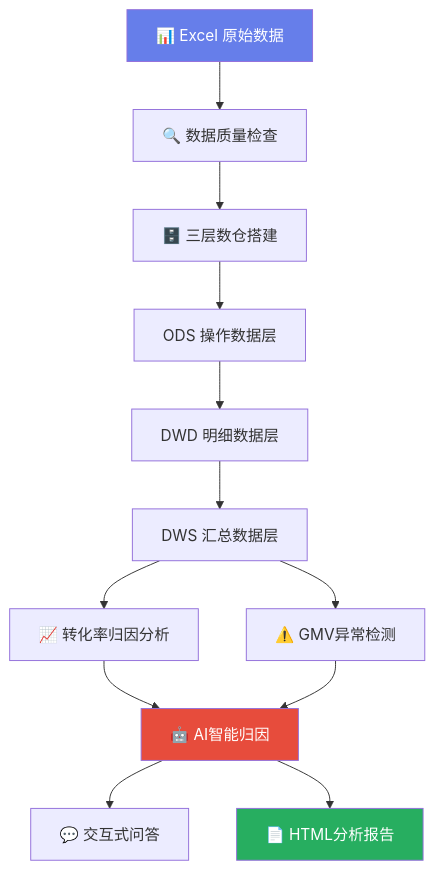
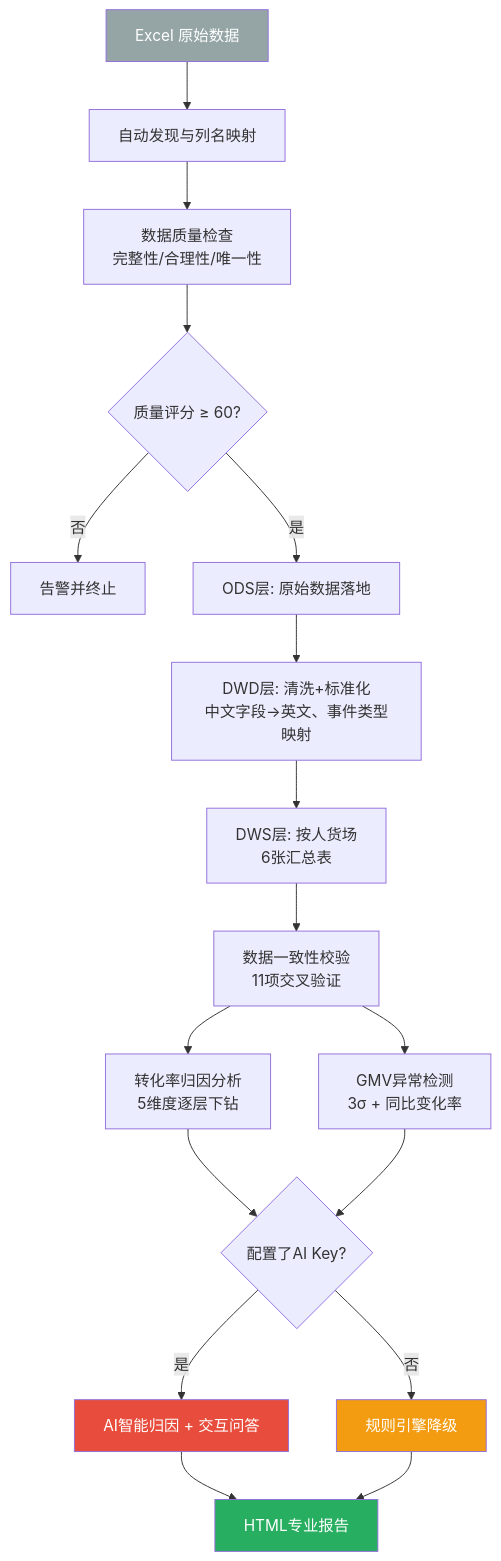
One commit to Booker011/ecommerce-analysis changed the second of 2 diagrams in output/PORTFOLIO_FOR_HR.md. Above: the diagram before and after it, drawn with Mermaid. The commit also changed other lines of this file, not shown here.

````diff
--- a/output/PORTFOLIO_FOR_HR.md
+++ b/output/PORTFOLIO_FOR_HR.md
@@ -9,18 +71,22 @@
 ```mermaid
 flowchart TD
-    A[📊 Excel 原始数据] --> B[🔍 数据质量检查]
-    B --> C[🗄️ 三层数仓搭建]
-    C --> C1[ODS 操作数据层]
-    C1 --> C2[DWD 明细数据层]
-    C2 --> C3[DWS 汇总数据层]
-    C3 --> D[📈 转化率归因分析]
-    C3 --> E[⚠️ GMV异常检测]
-    D --> F[🤖 AI智能归因]
-    E --> F
-    F --> G[💬 交互式问答]
-    F --> H[📄 HTML分析报告]
+    A[Excel 原始数据] --> B[自动发现与列名映射]
+    B --> C[数据质量检查<br/>完整性/合理性/唯一性]
+    C --> D{质量评分 ≥ 60?}
+    D -->|否| E[告警并终止]
+    D -->|是| F[ODS层: 原始数据落地]
+    F --> G[DWD层: 清洗+标准化<br/>中文字段→英文、事件类型映射]
+    G --> H[DWS层: 按人货场<br/>6张汇总表]
+    H --> I[数据一致性校验<br/>11项交叉验证]
+    I --> J[转化率归因分析<br/>5维度逐层下钻]
+    I --> K[GMV异常检测<br/>3σ + 同比变化率]
+    J & K --> L{配置了AI Key?}
+    L -->|是| M[AI智能归因 + 交互问答]
+    L -->|否| N[规则引擎降级]
+    M & N --> O[HTML专业报告]
 
-    style A fill:#667eea,color:#fff
-    style H fill:#27ae60,color:#fff
-    style F fill:#e74c3c,color:#fff
+    style A fill:#95a5a6,color:#fff
+    style O fill:#27ae60,color:#fff
+    style M fill:#e74c3c,color:#fff
+    style N fill:#f39c12,color:#fff
 ```
````
